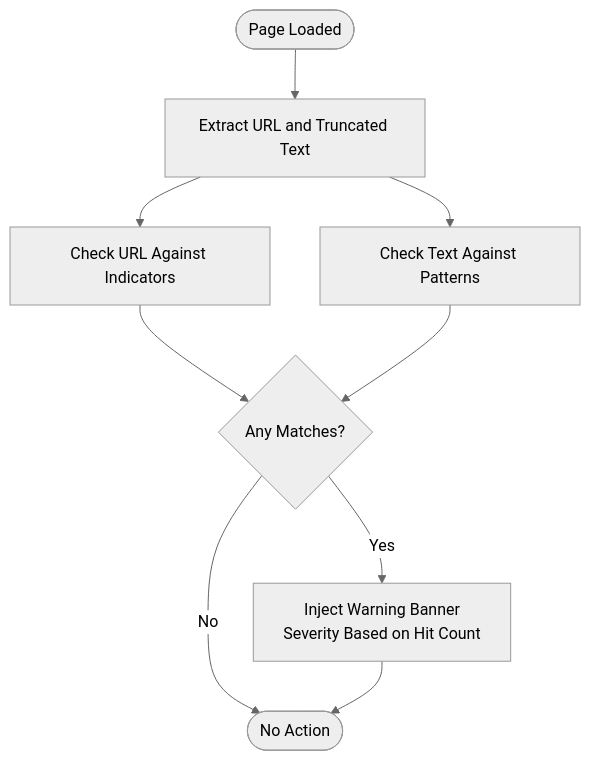
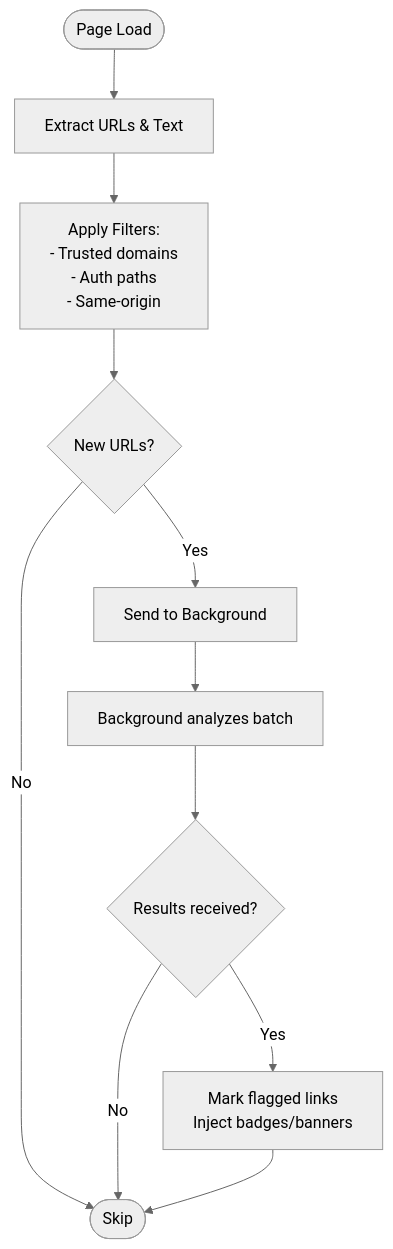
The third of 3 diagrams in .qoder/repowiki/en/content/Project Overview.md (Aymanaahh/scrollguard-ai), drawn with Mermaid (neutral theme) before and after one commit. The commit also changed other lines of this file and 33 other files, not shown here.

Commit message:
Reverted to Previous Functionality ( Scanning Dynamic links loaded while scrolling)

````diff
--- a/.qoder/repowiki/en/content/Project Overview.md
+++ b/.qoder/repowiki/en/content/Project Overview.md
@@ -135,11 +175,13 @@
 ```mermaid
 flowchart TD
-Start(["Page Loaded"]) --> Extract["Extract URL and Truncated Text"]
-Extract --> CheckURL["Check URL Against Indicators"]
-Extract --> CheckText["Check Text Against Patterns"]
-CheckURL --> Hits{"Any Matches?"}
-CheckText --> Hits
-Hits --> |Yes| InjectBanner["Inject Warning Banner<br/>Severity Based on Hit Count"]
-Hits --> |No| End(["No Action"])
-InjectBanner --> End
+Start(["Page Load"]) --> Extract["Extract URLs & Text"]
+Extract --> Filter["Apply Filters:<br/>- Trusted domains<br/>- Auth paths<br/>- Same-origin"]
+Filter --> Dedup{"New URLs?"}
+Dedup --> |No| End(["Skip"])
+Dedup --> |Yes| Send["Send to Background"]
+Send --> Analyze["Background analyzes batch"]
+Analyze --> Results{"Results received?"}
+Results --> |No| End
+Results --> |Yes| Mark["Mark flagged links<br/>Inject badges/banners"]
+Mark --> End
 ```
````
